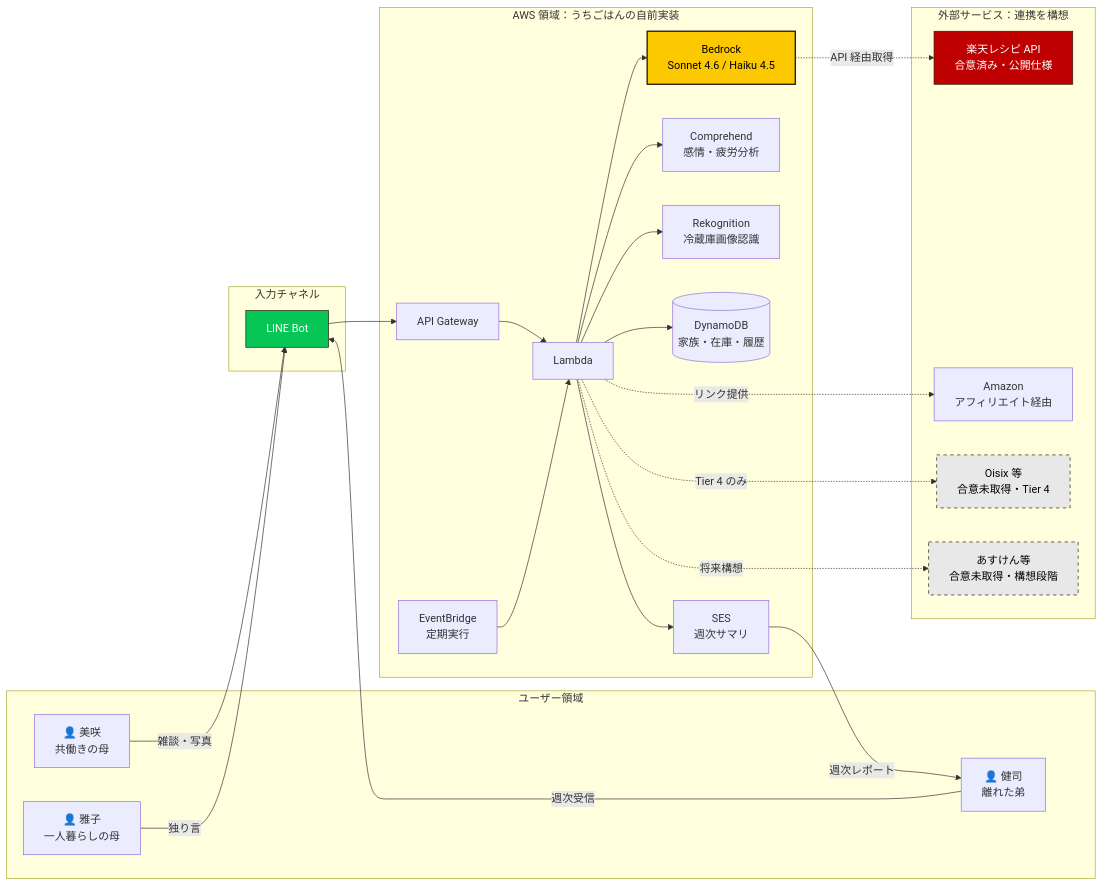
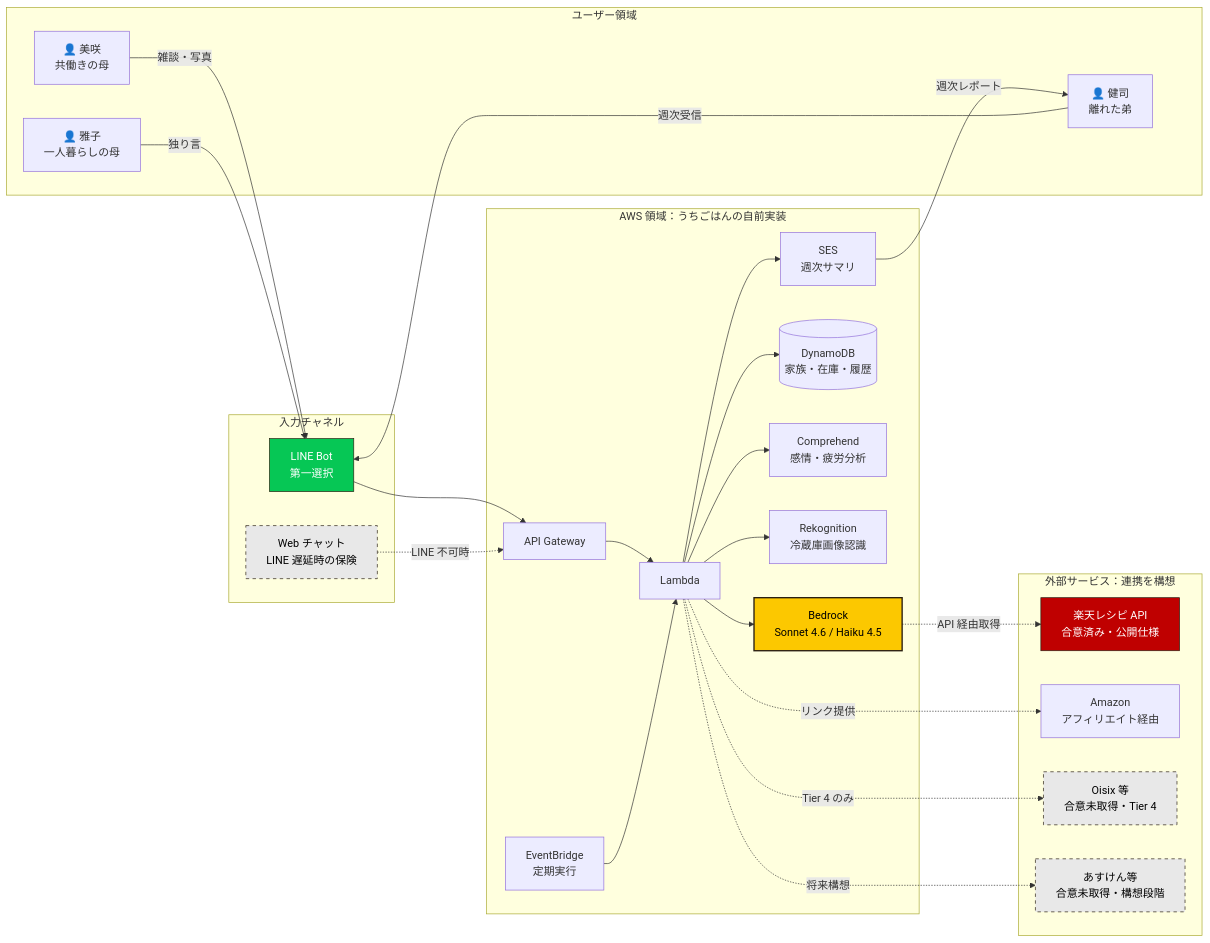
One commit to enomotom-cloud/uchigohan changed the diagram in aidlc-docs/03-application-design.md. Above: the diagram before and after it, drawn with Mermaid. The commit also changed other lines of this file, not shown here.

Commit message:
docs: add Web chat fallback channel to architecture diagram for LINE risk mitigation

````diff
--- a/aidlc-docs/03-application-design.md
+++ b/aidlc-docs/03-application-design.md
@@ -47,56 +47,59 @@
 ```mermaid
 graph LR
     subgraph User["ユーザー領域"]
         U1[👤 美咲<br/>共働きの母]
         U2[👤 雅子<br/>一人暮らしの母]
         U3[👤 健司<br/>離れた弟]
     end
 
     subgraph Channel["入力チャネル"]
-        LINE[LINE Bot]
+        LINE[LINE Bot<br/>第一選択]
+        WEB[Web チャット<br/>LINE 遅延時の保険]
     end
 
     subgraph AWS["AWS 領域：うちごはんの自前実装"]
         APIGW[API Gateway]
         LAMBDA[Lambda]
         BEDROCK[Bedrock<br/>Sonnet 4.6 / Haiku 4.5]
         DDB[(DynamoDB<br/>家族・在庫・履歴)]
         COMP[Comprehend<br/>感情・疲労分析]
         REKO[Rekognition<br/>冷蔵庫画像認識]
         EB[EventBridge<br/>定期実行]
         SES[SES<br/>週次サマリ]
     end
 
     subgraph External["外部サービス：連携を構想"]
         RAKUTEN[楽天レシピ API<br/>合意済み・公開仕様]
         AMAZON[Amazon<br/>アフィリエイト経由]
         OISIX[Oisix 等<br/>合意未取得・Tier 4]
         ASKEN[あすけん等<br/>合意未取得・構想段階]
     end
 
     U1 -->|雑談・写真| LINE
     U2 -->|独り言| LINE
     U3 -->|週次受信| LINE
 
     LINE --> APIGW
+    WEB -.->|LINE 不可時| APIGW
     APIGW --> LAMBDA
     LAMBDA --> BEDROCK
     LAMBDA --> COMP
     LAMBDA --> REKO
     LAMBDA --> DDB
 
     BEDROCK -.->|API 経由取得| RAKUTEN
     LAMBDA -.->|リンク提供| AMAZON
     LAMBDA -.->|Tier 4 のみ| OISIX
     LAMBDA -.->|将来構想| ASKEN
 
     EB --> LAMBDA
     LAMBDA --> SES
     SES -->|週次レポート| U3
 
     style BEDROCK fill:#FCC800,stroke:#2A1F12,stroke-width:2px,color:#000
     style LINE fill:#06C755,stroke:#2A1F12,color:#fff
+    style WEB fill:#E8E8E8,stroke:#2A1F12,stroke-dasharray: 5 5,color:#000
     style RAKUTEN fill:#BF0000,stroke:#2A1F12,color:#fff
     style OISIX fill:#E8E8E8,stroke:#2A1F12,stroke-dasharray: 5 5,color:#000
     style ASKEN fill:#E8E8E8,stroke:#2A1F12,stroke-dasharray: 5 5,color:#000
 ```
````
